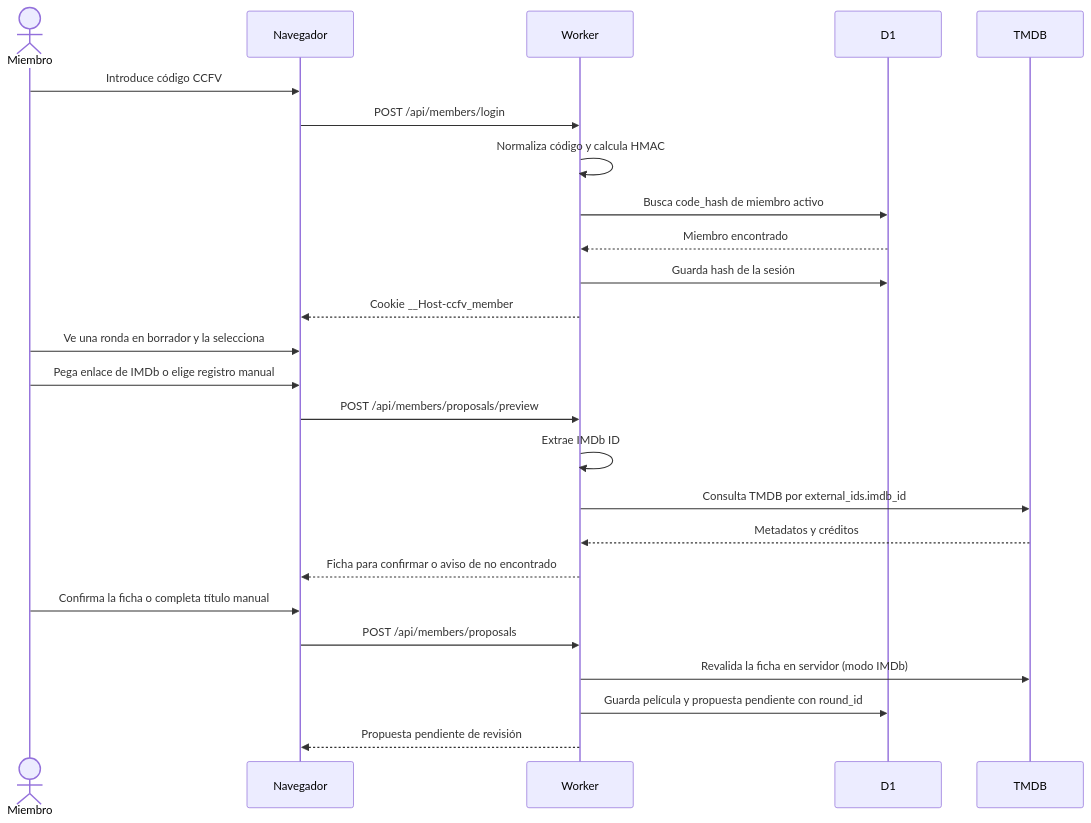
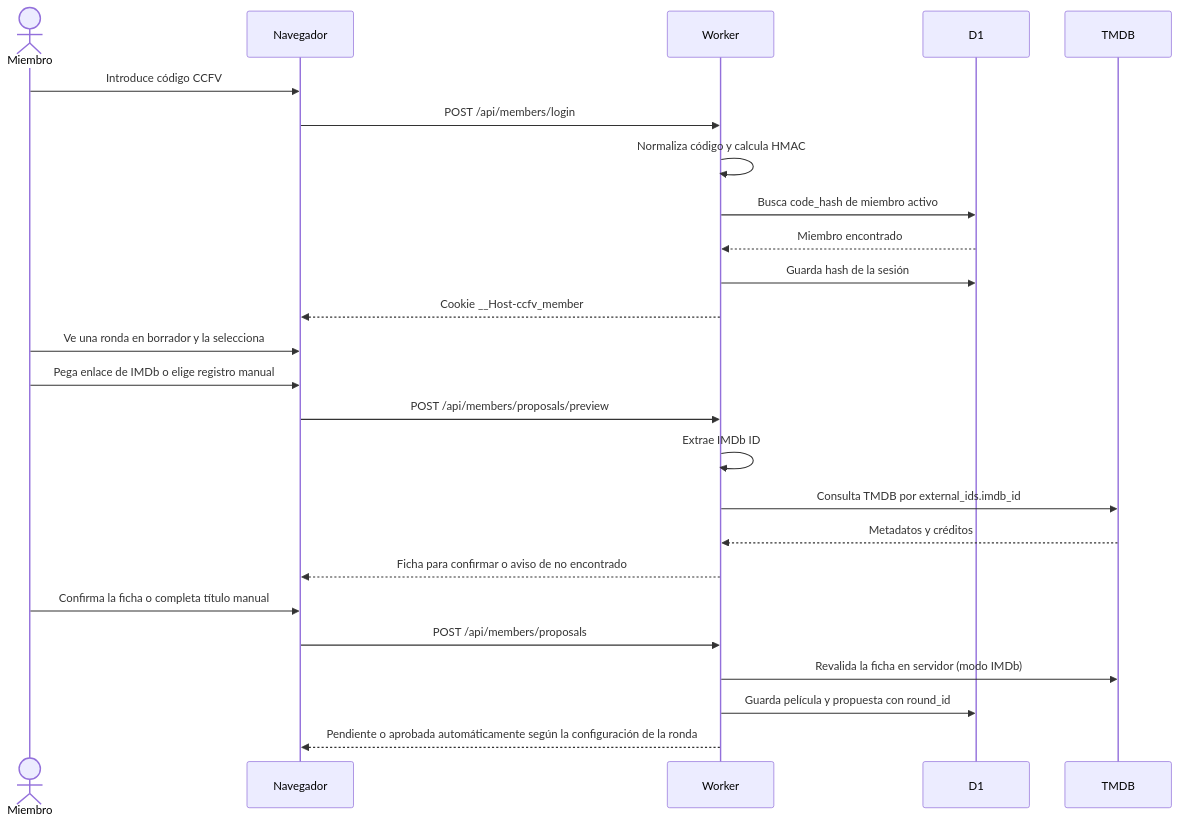
The second of 9 diagrams in DOCUMENTACION.md (DenilDenilson/ccfv), drawn with Mermaid before and after one commit. The commit also changed other lines of this file and 11 other files, not shown here.

````diff
--- a/DOCUMENTACION.md
+++ b/DOCUMENTACION.md
@@ -131,28 +131,28 @@
 ```mermaid
 sequenceDiagram
     actor M as Miembro
     participant B as Navegador
     participant W as Worker
     participant D as D1
     participant T as TMDB
 
     M->>B: Introduce código CCFV
     B->>W: POST /api/members/login
     W->>W: Normaliza código y calcula HMAC
     W->>D: Busca code_hash de miembro activo
     D-->>W: Miembro encontrado
     W->>D: Guarda hash de la sesión
     W-->>B: Cookie __Host-ccfv_member
     M->>B: Ve una ronda en borrador y la selecciona
     M->>B: Pega enlace de IMDb o elige registro manual
     B->>W: POST /api/members/proposals/preview
     W->>W: Extrae IMDb ID
     W->>T: Consulta TMDB por external_ids.imdb_id
     T-->>W: Metadatos y créditos
     W-->>B: Ficha para confirmar o aviso de no encontrado
     M->>B: Confirma la ficha o completa título manual
     B->>W: POST /api/members/proposals
     W->>T: Revalida la ficha en servidor (modo IMDb)
-    W->>D: Guarda película y propuesta pendiente con round_id
-    W-->>B: Propuesta pendiente de revisión
+    W->>D: Guarda película y propuesta con round_id
+    W-->>B: Pendiente o aprobada automáticamente según la configuración de la ronda
 ```
````
